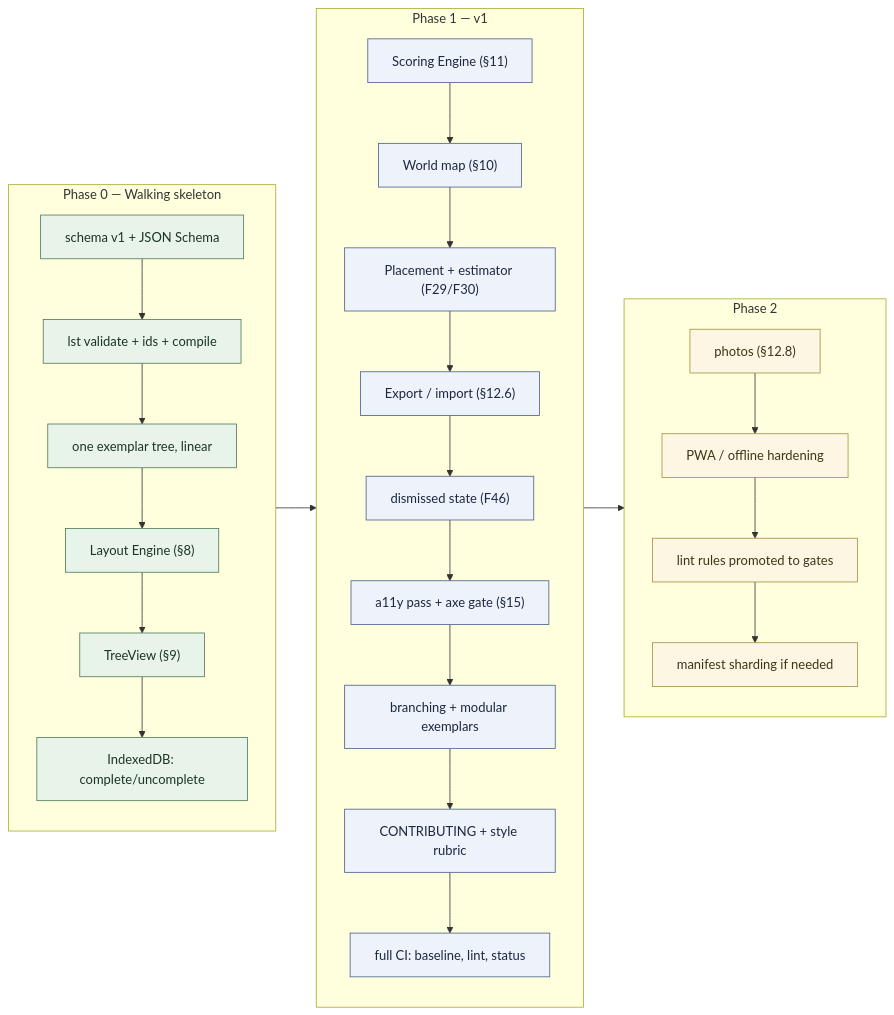
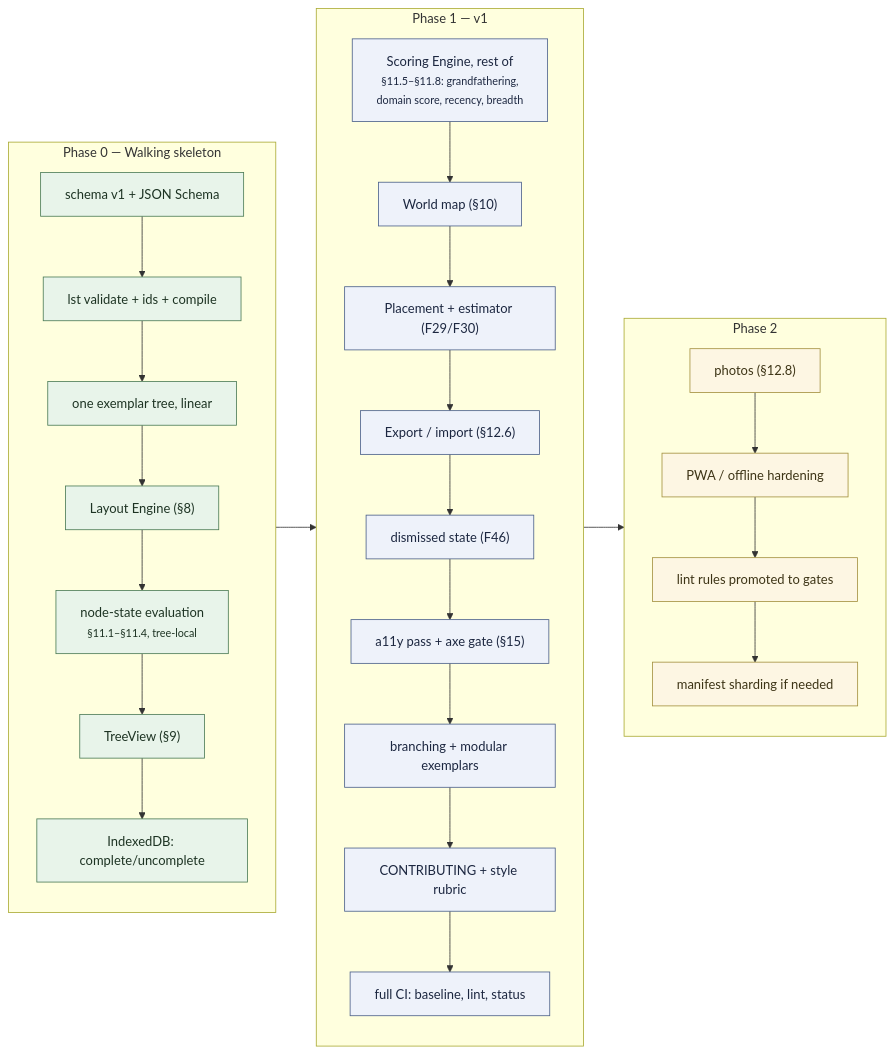
Before and after one commit to lifeskilltracker/lifeskilltracker.github.io: the ninth of 9 diagrams in docs/ARCHITECTURE.md, drawn with Mermaid. The commit also changed other lines of this file and 15 other files, not shown here.

````diff
--- a/docs/ARCHITECTURE.md
+++ b/docs/ARCHITECTURE.md
@@ -2123,36 +2176,37 @@
 ```mermaid
 flowchart LR
     subgraph P0["Phase 0 — Walking skeleton"]
         direction TB
         A1["schema v1 + JSON Schema"] --> A2["lst validate + ids + compile"]
         A2 --> A3["one exemplar tree, linear"]
         A3 --> A4["Layout Engine (§8)"]
-        A4 --> A5["TreeView (§9)"]
+        A4 --> A45["node-state evaluation<br/><small>§11.1–§11.4, tree-local</small>"]
+        A45 --> A5["TreeView (§9)"]
         A5 --> A6["IndexedDB: complete/uncomplete"]
     end
     subgraph P1["Phase 1 — v1"]
         direction TB
-        B1["Scoring Engine (§11)"] --> B2["World map (§10)"]
+        B1["Scoring Engine, rest of<br/><small>§11.5–§11.8: grandfathering,<br/>domain score, recency, breadth</small>"] --> B2["World map (§10)"]
         B2 --> B3["Placement + estimator (F29/F30)"]
         B3 --> B4["Export / import (§12.6)"]
         B4 --> B5["dismissed state (F46)"]
         B5 --> B6["a11y pass + axe gate (§15)"]
         B6 --> B7["branching + modular exemplars"]
         B7 --> B8["CONTRIBUTING + style rubric"]
         B8 --> B9["full CI: baseline, lint, status"]
     end
     subgraph P2["Phase 2"]
         direction TB
         C1["photos (§12.8)"] --> C2["PWA / offline hardening"]
         C2 --> C3["lint rules promoted to gates"]
         C3 --> C4["manifest sharding if needed"]
     end
     P0 --> P1 --> P2
 
     classDef p0 fill:#e8f4ea,stroke:#4a7a55,color:#1d3323
     classDef p1 fill:#eef2fa,stroke:#4a5f8a,color:#1c2740
     classDef p2 fill:#fdf6e3,stroke:#a3903f,color:#3d3416
-    class A1,A2,A3,A4,A5,A6 p0
+    class A1,A2,A3,A4,A45,A5,A6 p0
     class B1,B2,B3,B4,B5,B6,B7,B8,B9 p1
     class C1,C2,C3,C4 p2
 ```
````
